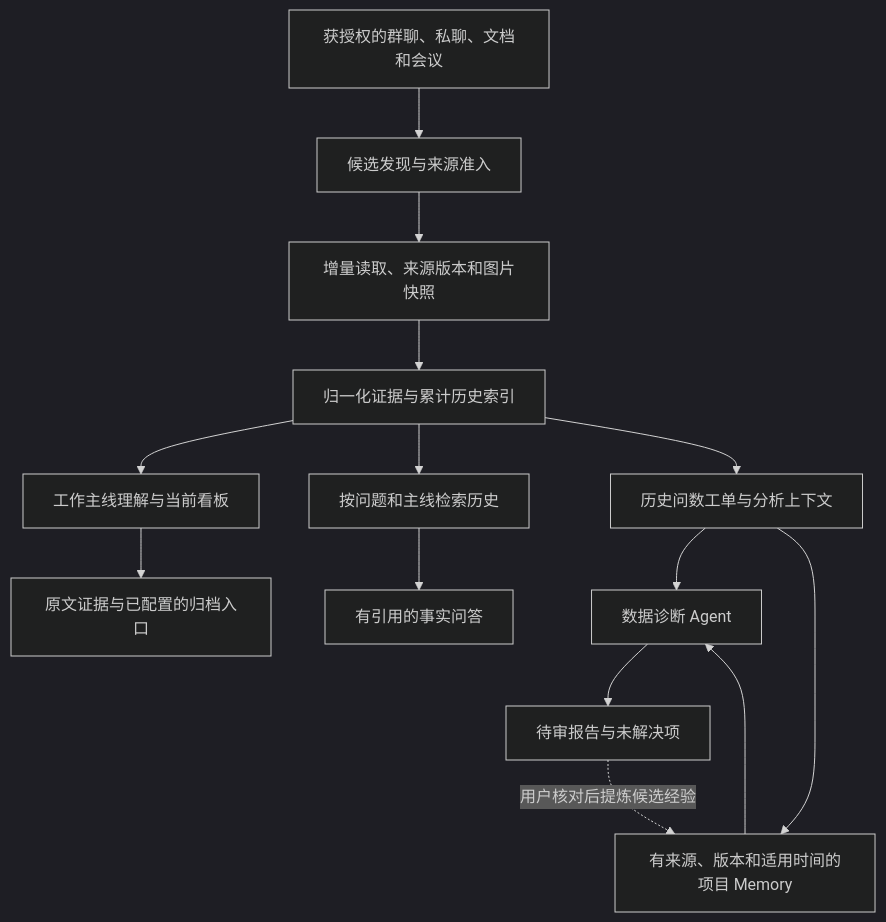
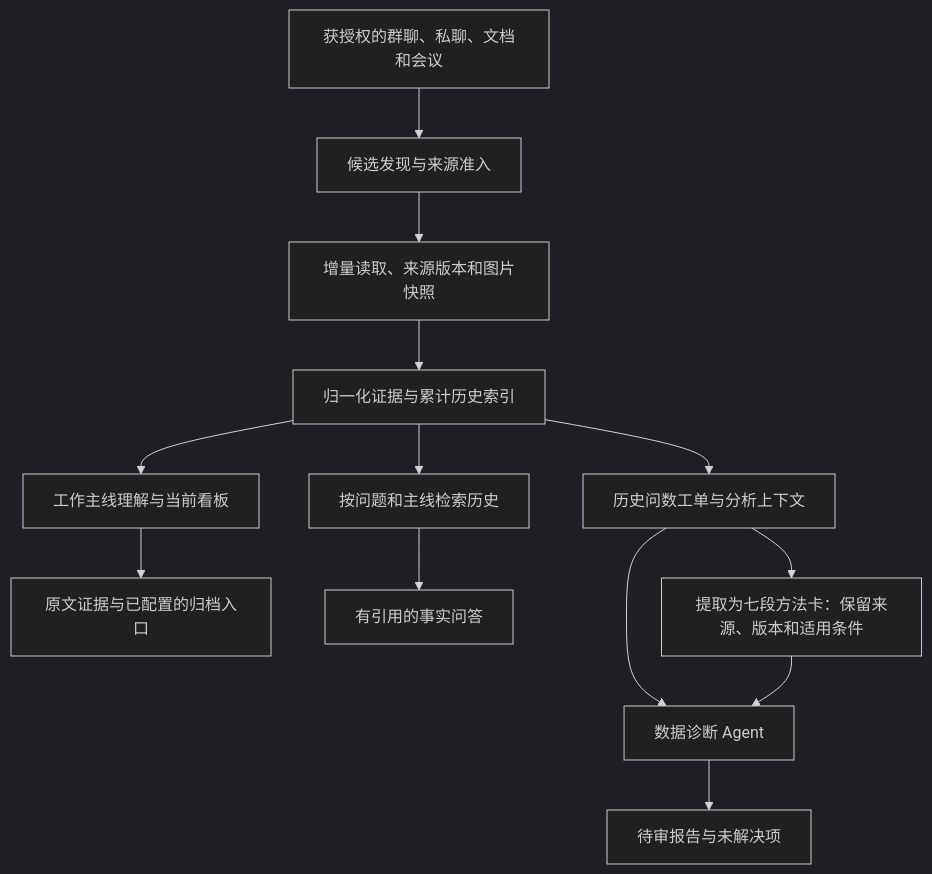
The first of 2 diagrams in README.md (foxbitcoo/third-brain), drawn with Mermaid (dark theme) before and after one commit. The commit also changed other lines of this file and 8 other files, not shown here.

````diff
--- a/README.md
+++ b/README.md
@@ -30,16 +34,15 @@
 ```mermaid
 flowchart TB
     A[获授权的群聊、私聊、文档和会议] --> B[候选发现与来源准入]
     B --> C[增量读取、来源版本和图片快照]
     C --> D[归一化证据与累计历史索引]
     D --> E[工作主线理解与当前看板]
     D --> F[按问题和主线检索历史]
     F --> G[有引用的事实问答]
     D --> H[历史问数工单与分析上下文]
     H --> I[数据诊断 Agent]
     I --> J[待审报告与未解决项]
-    H --> K[有来源、版本和适用时间的项目 Memory]
+    H --> K[提取为七段方法卡：保留来源、版本和适用条件]
     K --> I
-    J -.用户核对后提炼候选经验.-> K
     E --> L[原文证据与已配置的归档入口]
 ```
````
